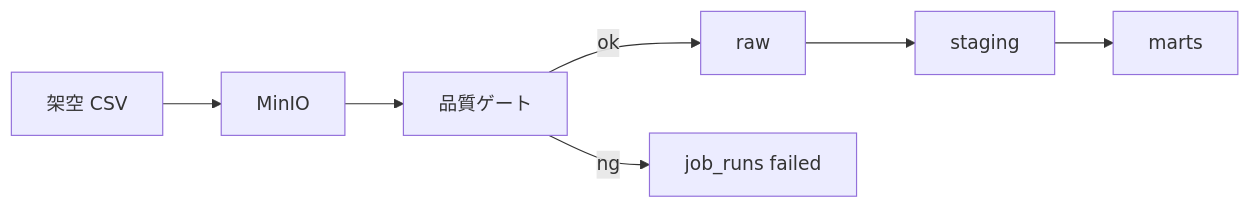
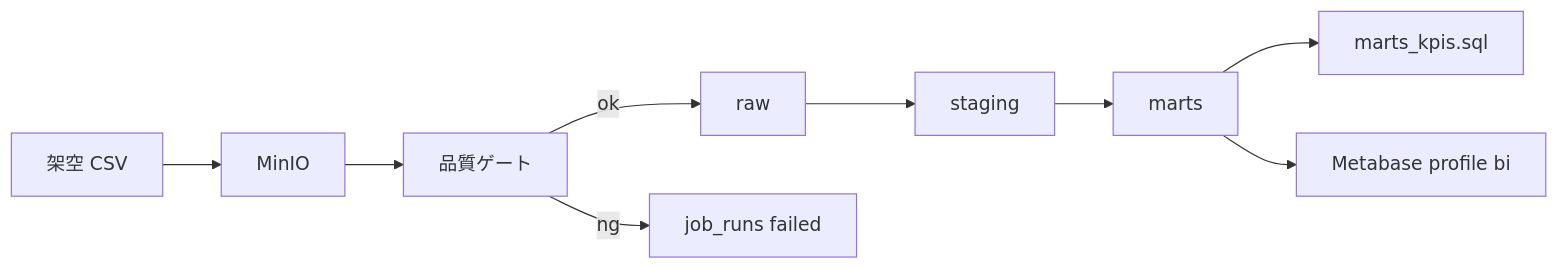
The first of 2 diagrams in portfolio-plan/data-platform/docs/06-diagrams.md (maeplego/portfolio-plan), drawn with Mermaid before and after one commit. The commit also changed other lines of this file and 111 other files, not shown here.

````diff
--- a/portfolio-plan/data-platform/docs/06-diagrams.md
+++ b/portfolio-plan/data-platform/docs/06-diagrams.md
@@ -11,9 +12,11 @@
 ```mermaid
 flowchart LR
   CSV[架空 CSV] --> MinIO
   MinIO --> Gate[品質ゲート]
   Gate -->|ok| Raw[raw]
   Gate -->|ng| Fail[job_runs failed]
   Raw --> Stg[staging]
   Stg --> Mart[marts]
+  Mart --> SQL[marts_kpis.sql]
+  Mart --> MB[Metabase profile bi]
 ```
````
